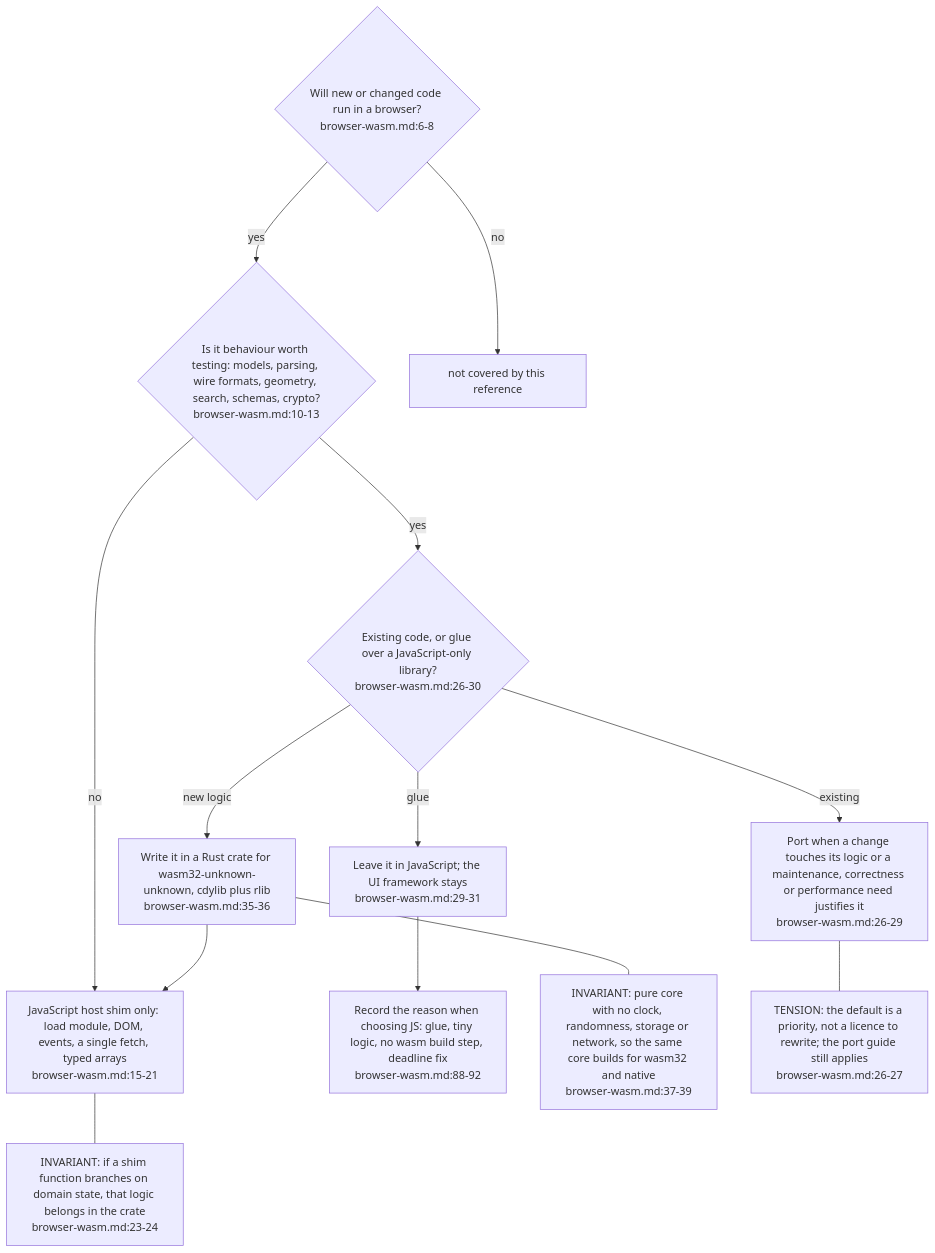
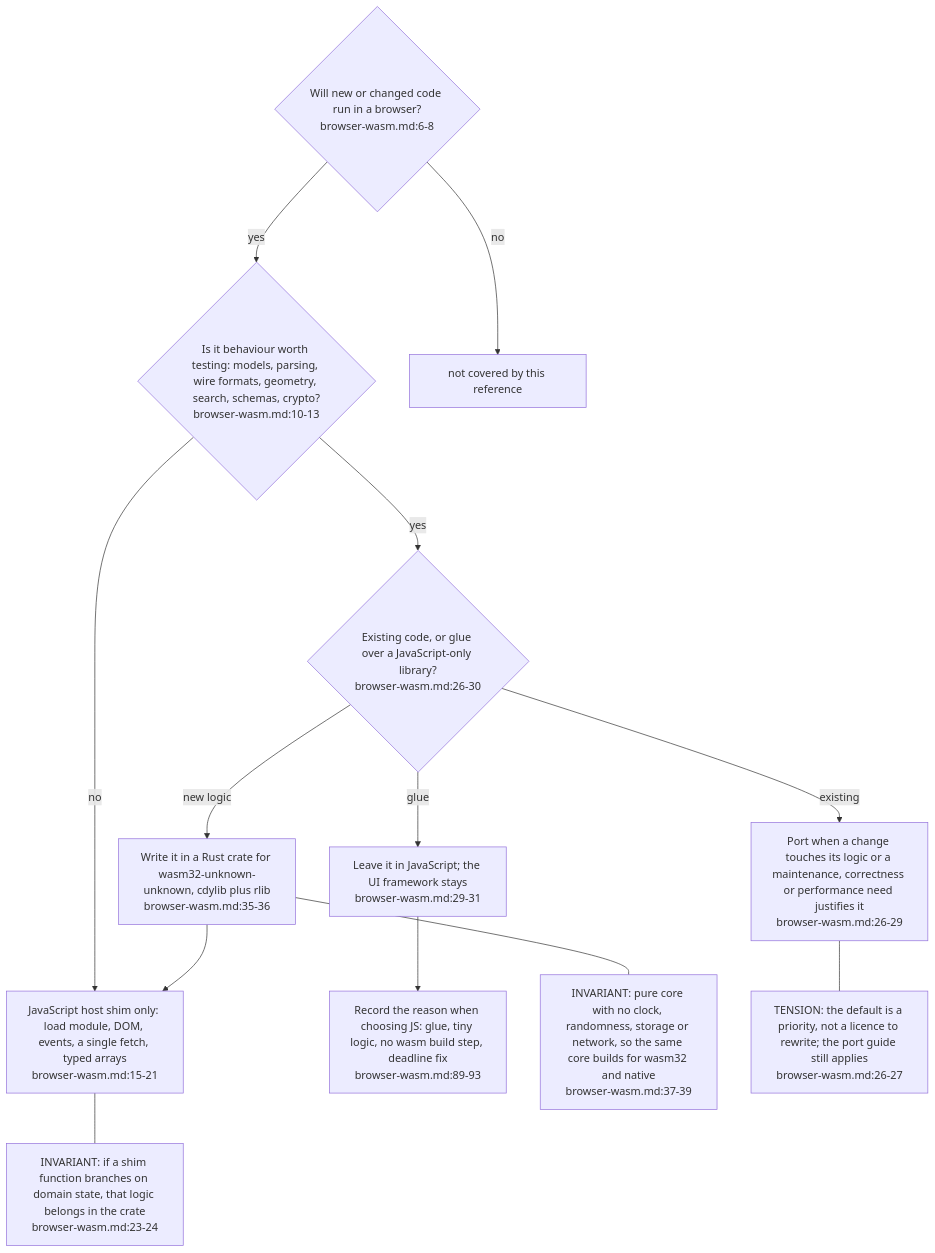
The third of 5 diagrams in docs/diagrams/visioncraft/05-browser-wasm-default-and-agentbox-consumption.md (DreamLab-AI/VisionFlow), drawn with Mermaid before and after one commit. The commit also changed other lines of this file and 36 other files, not shown here.

First line of the commit message:
docs(diagrams): re-derive and re-stamp agentbox, dream-engine, visioncraft, visiontouch and vowl topics; drop LAN addresses

````diff
--- a/docs/diagrams/visioncraft/05-browser-wasm-default-and-agentbox-consumption.md
+++ b/docs/diagrams/visioncraft/05-browser-wasm-default-and-agentbox-consumption.md
@@ -97,26 +98,26 @@
 ```mermaid
 flowchart TB
     Q0{"Will new or changed code run in a browser?<br/>browser-wasm.md:6-8"}
     Q1{"Is it behaviour worth testing: models, parsing, wire formats, geometry, search, schemas, crypto?<br/>browser-wasm.md:10-13"}
     RUST["Write it in a Rust crate for wasm32-unknown-unknown, cdylib plus rlib<br/>browser-wasm.md:35-36"]
     SHIM["JavaScript host shim only: load module, DOM, events, a single fetch, typed arrays<br/>browser-wasm.md:15-21"]
     Q2{"Existing code, or glue over a JavaScript-only library?<br/>browser-wasm.md:26-30"}
     KEEP["Leave it in JavaScript; the UI framework stays<br/>browser-wasm.md:29-31"]
     PORT["Port when a change touches its logic or a maintenance, correctness or performance need justifies it<br/>browser-wasm.md:26-29"]
-    EXC["Record the reason when choosing JS: glue, tiny logic, no wasm build step, deadline fix<br/>browser-wasm.md:88-92"]
+    EXC["Record the reason when choosing JS: glue, tiny logic, no wasm build step, deadline fix<br/>browser-wasm.md:89-93"]
     Q0 -- yes --> Q1
     Q0 -- no --> OUT["not covered by this reference"]
     Q1 -- yes --> Q2
     Q1 -- no --> SHIM
     Q2 -- new logic --> RUST
     Q2 -- existing --> PORT
     Q2 -- glue --> KEEP
     RUST --> SHIM
     KEEP --> EXC
     N1["INVARIANT: pure core with no clock, randomness, storage or network, so the same core builds for wasm32 and native<br/>browser-wasm.md:37-39"]
     N2["INVARIANT: if a shim function branches on domain state, that logic belongs in the crate<br/>browser-wasm.md:23-24"]
     N3["TENSION: the default is a priority, not a licence to rewrite; the port guide still applies<br/>browser-wasm.md:26-27"]
     RUST --- N1
     SHIM --- N2
     PORT --- N3
 ```
````
